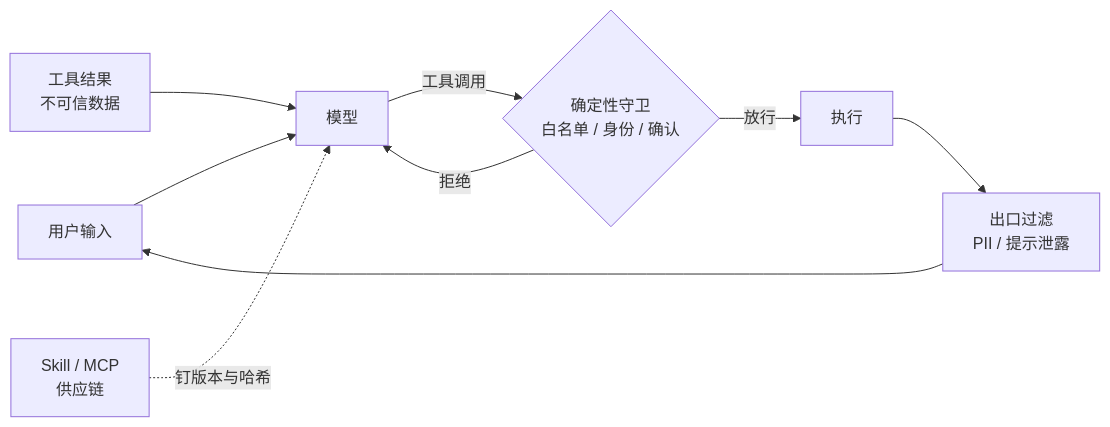
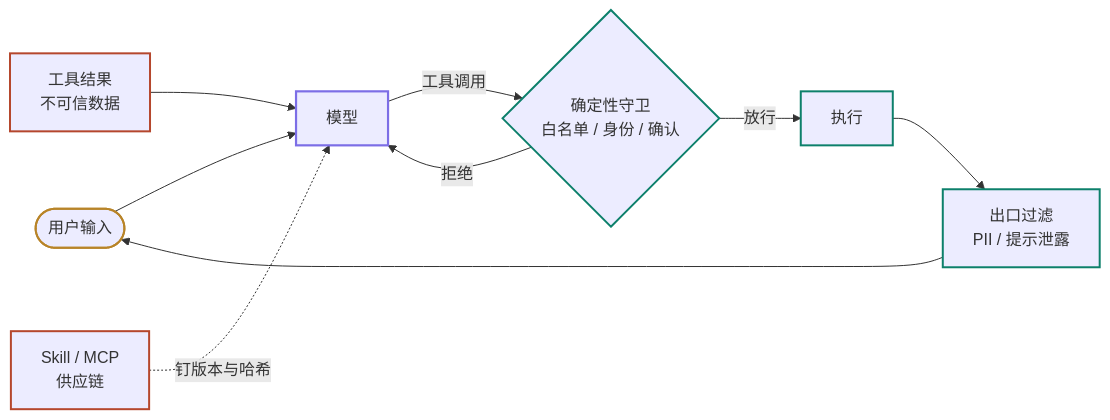
The diagram in lessons/security-governance/README.md (lance2016/ai-app-engineering), drawn with Mermaid before and after one commit. The commit also changed 21 other files, not shown here.

````diff
--- a/lessons/security-governance/README.md
+++ b/lessons/security-governance/README.md
@@ -29,11 +29,19 @@
 ```mermaid
 flowchart LR
-    U[用户输入] --> M[模型]
+    classDef model stroke:#7c6ee6,stroke-width:2.2px
+    classDef runtime stroke:#0d806b,stroke-width:2px
+    classDef human stroke:#b88428,stroke-width:2px
+    classDef risk stroke:#b5472d,stroke-width:2px
+    U([用户输入]) --> M[模型]
     T[工具结果<br/>不可信数据] --> M
     M -- 工具调用 --> G{确定性守卫<br/>白名单 / 身份 / 确认}
     G -- 放行 --> X[执行]
     G -- 拒绝 --> M
     X --> O[出口过滤<br/>PII / 提示泄露]
     O --> U
     S[Skill / MCP<br/>供应链] -. 钉版本与哈希 .-> M
+    class U human
+    class M model
+    class G,X,O runtime
+    class T,S risk
 ```
````
